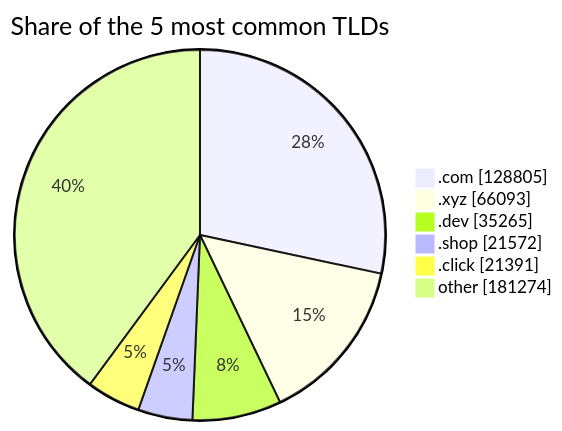
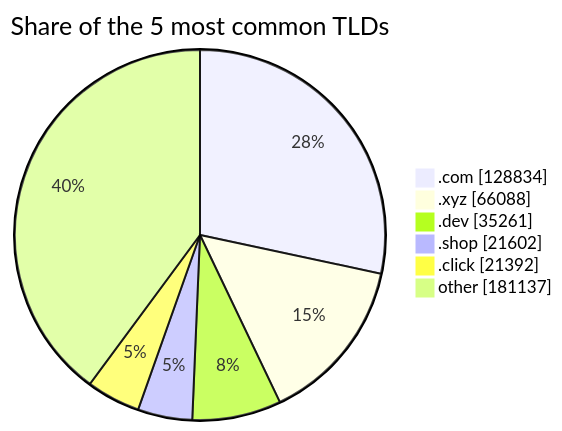
The third of 3 diagrams in README.md (DNSBunker/CTI), drawn with Mermaid before and after one commit. The commit also changed other lines of this file and 3 other files, not shown here.

````diff
--- a/README.md
+++ b/README.md
@@ -81,9 +81,9 @@
 ```mermaid
 pie showData title Share of the 5 most common TLDs
-    ".com" : 128805
-    ".xyz" : 66093
-    ".dev" : 35265
-    ".shop" : 21572
-    ".click" : 21391
-    "other" : 181274
+    ".com" : 128834
+    ".xyz" : 66088
+    ".dev" : 35261
+    ".shop" : 21602
+    ".click" : 21392
+    "other" : 181137
 ```
````
